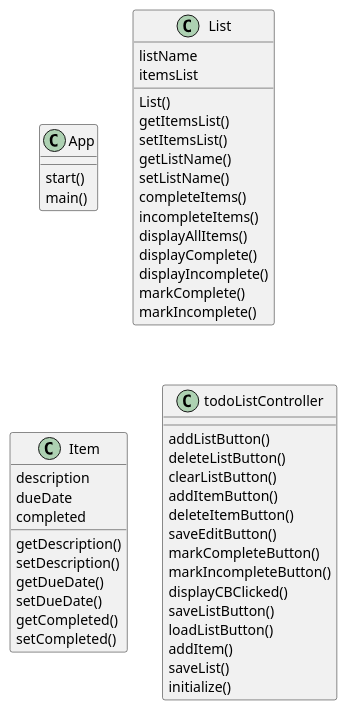
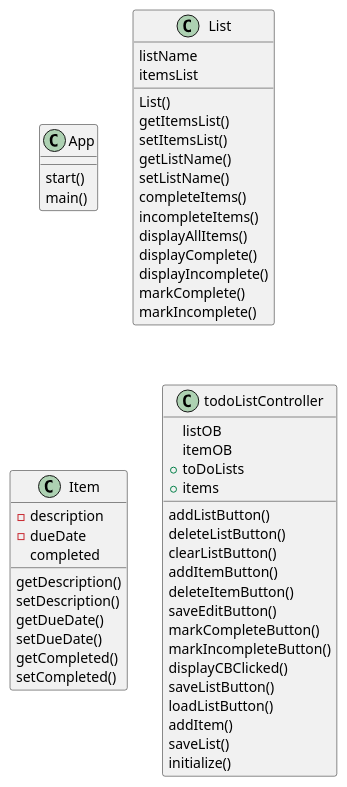
One commit to kamcri/assignment4part2 changed the diagram in src/main/java/ucf/assignments/Class Diagram.puml. Above: the diagram before and after it, drawn with PlantUML. The commit also changed 12 other files, not shown here.

```diff
--- a/src/main/java/ucf/assignments/Class Diagram.puml
+++ b/src/main/java/ucf/assignments/Class Diagram.puml
@@ -1,51 +1,55 @@
 @startuml
 
 class App{
 start()
 main()
 }
 class List{
 listName
 itemsList
 List()
 getItemsList()
 setItemsList()
 getListName()
 setListName()
 completeItems()
 incompleteItems()
 displayAllItems()
 displayComplete()
 displayIncomplete()
 markComplete()
 markIncomplete()
 }
 class Item{
-description
-dueDate
+-description
+-dueDate
 completed
 getDescription()
 setDescription()
 getDueDate()
 setDueDate()
 getCompleted()
 setCompleted()
 }
 class todoListController{
+listOB
+itemOB
++toDoLists
++items
 addListButton()
 deleteListButton()
 clearListButton()
 addItemButton()
 deleteItemButton()
 saveEditButton()
 markCompleteButton()
 markIncompleteButton()
 displayCBClicked()
 saveListButton()
 loadListButton()
 addItem()
 saveList()
 initialize()
 }
 
 @enduml
```
